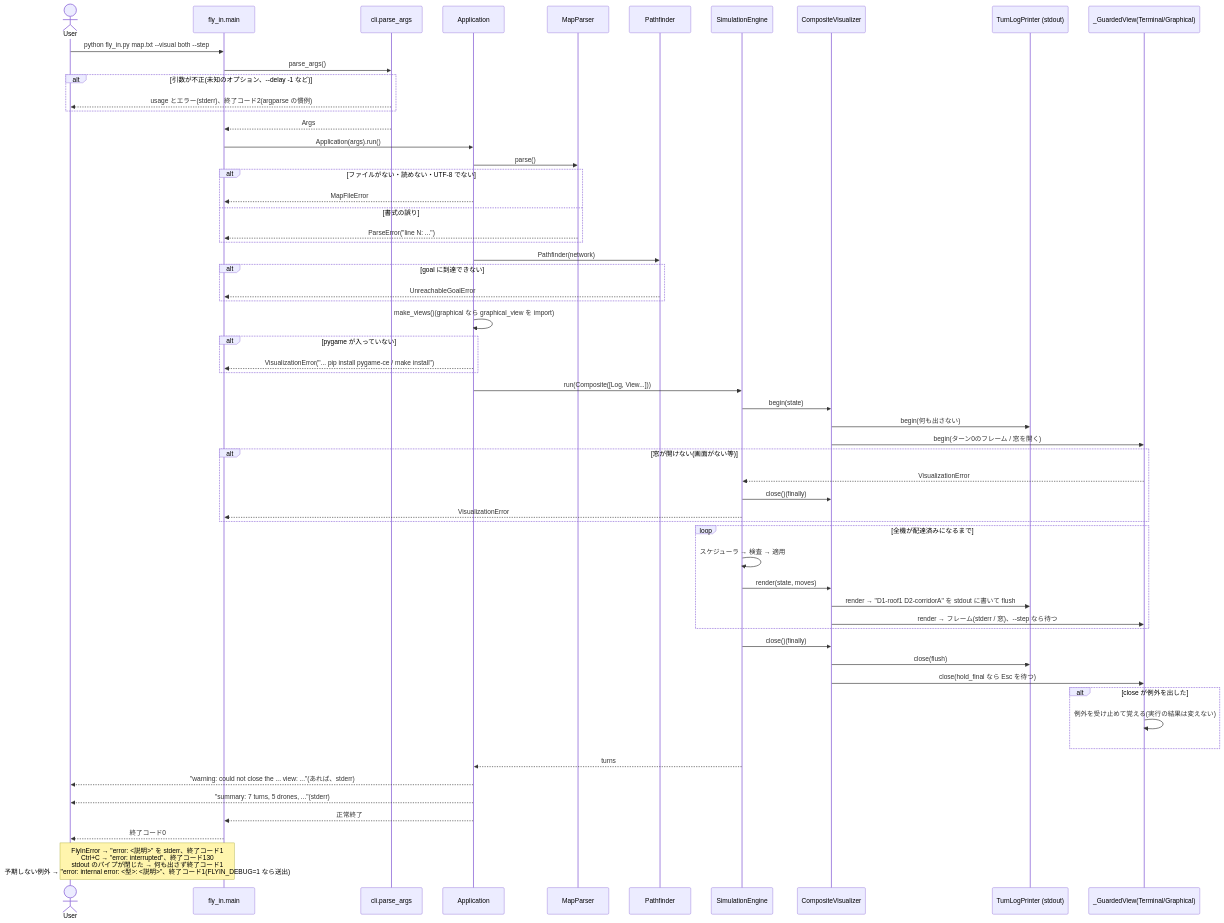
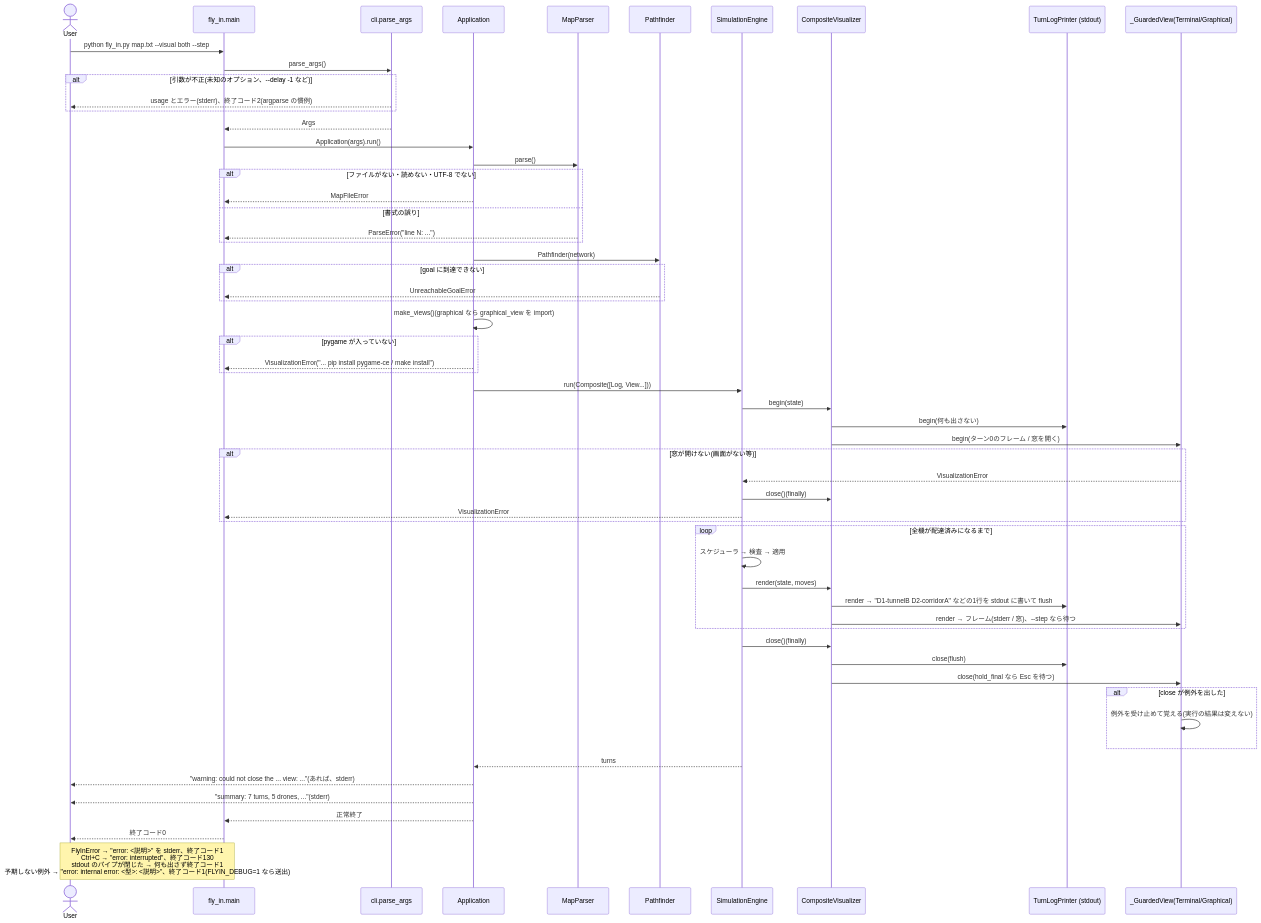
One commit to saikawakiruya-droid/fly_in changed the second of 2 diagrams in docs/research/2026-10-18_workflow-cli-app.md. Above: the diagram before and after it, drawn with Mermaid. The commit also changed other lines of this file and 3 other files, not shown here.

````diff
--- a/docs/research/2026-10-18_workflow-cli-app.md
+++ b/docs/research/2026-10-18_workflow-cli-app.md
@@ -163,62 +163,62 @@
 ```mermaid
 sequenceDiagram
     actor User
     participant Main as fly_in.main
     participant CLI as cli.parse_args
     participant App as Application
     participant Parser as MapParser
     participant PF as Pathfinder
     participant Eng as SimulationEngine
     participant Comp as CompositeVisualizer
     participant Log as TurnLogPrinter (stdout)
     participant View as _GuardedView(Terminal/Graphical)
 
     User->>Main: python fly_in.py map.txt --visual both --step
     Main->>CLI: parse_args()
     alt 引数が不正(未知のオプション、--delay -1 など)
         CLI-->>User: usage とエラー(stderr)、終了コード2(argparse の慣例)
     end
     CLI-->>Main: Args
     Main->>App: Application(args).run()
     App->>Parser: parse()
     alt ファイルがない・読めない・UTF-8 でない
         App-->>Main: MapFileError
     else 書式の誤り
         Parser-->>Main: ParseError("line N: ...")
     end
     App->>PF: Pathfinder(network)
     alt goal に到達できない
         PF-->>Main: UnreachableGoalError
     end
     App->>App: make_views()(graphical なら graphical_view を import)
     alt pygame が入っていない
         App-->>Main: VisualizationError("... pip install pygame-ce / make install")
     end
     App->>Eng: run(Composite([Log, View...]))
     Eng->>Comp: begin(state)
     Comp->>Log: begin(何も出さない)
     Comp->>View: begin(ターン0のフレーム / 窓を開く)
     alt 窓が開けない(画面がない等)
         View-->>Eng: VisualizationError
         Eng->>Comp: close()(finally)
         Eng-->>Main: VisualizationError
     end
     loop 全機が配達済みになるまで
         Eng->>Eng: スケジューラ → 検査 → 適用
         Eng->>Comp: render(state, moves)
-        Comp->>Log: render → "D1-roof1 D2-corridorA" を stdout に書いて flush
+        Comp->>Log: render → "D1-tunnelB D2-corridorA" などの1行を stdout に書いて flush
         Comp->>View: render → フレーム(stderr / 窓)、--step なら待つ
     end
     Eng->>Comp: close()(finally)
     Comp->>Log: close(flush)
     Comp->>View: close(hold_final なら Esc を待つ)
     alt close が例外を出した
         View->>View: 例外を受け止めて覚える(実行の結果は変えない)
     end
     Eng-->>App: turns
     App-->>User: "warning: could not close the ... view: ..."(あれば、stderr)
     App-->>User: "summary: 7 turns, 5 drones, ..."(stderr)
     App-->>Main: 正常終了
     Main-->>User: 終了コード0
     Note over Main,User: FlyInError → "error: <説明>" を stderr、終了コード1<br/>Ctrl+C → "error: interrupted"、終了コード130<br/>stdout のパイプが閉じた → 何も出さず終了コード1<br/>予期しない例外 → "error: internal error: <型>: <説明>"、終了コード1(FLYIN_DEBUG=1 なら送出)
 ```
````
